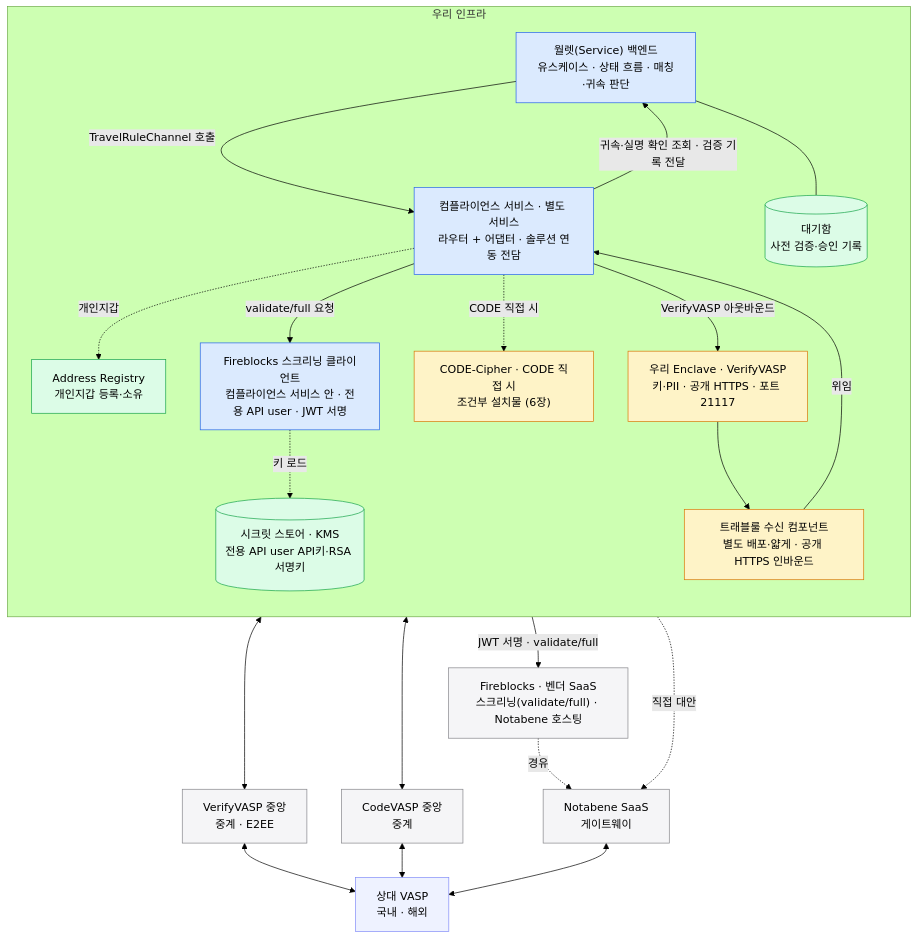
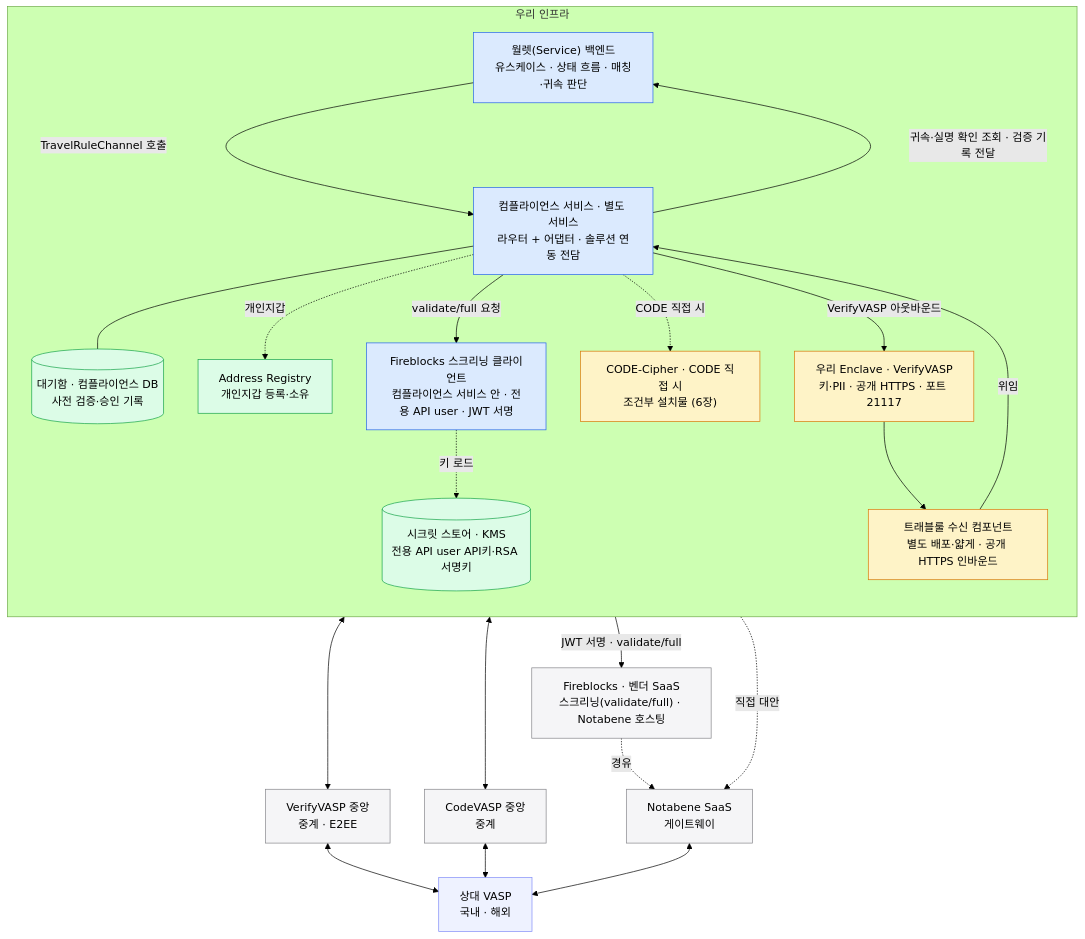
One commit to eunsujeo/eunpus changed the diagram in blockchain-manager/docs/트래블룰/설계/12-physical-layout.md. Above: the diagram before and after it, drawn with Mermaid (forest theme). The commit also changed other lines of this file and 10 other files, not shown here.

````diff
--- a/blockchain-manager/docs/트래블룰/설계/12-physical-layout.md
+++ b/blockchain-manager/docs/트래블룰/설계/12-physical-layout.md
@@ -9,52 +9,52 @@
 ```mermaid
 flowchart TB
   subgraph OURS["우리 인프라"]
     direction TB
     SVC["월렛(Service) 백엔드<br/>유스케이스 · 상태 흐름 · 매칭·귀속 판단"]
     GATE["컴플라이언스 서비스 · 별도 서비스<br/>라우터 + 어댑터 · 솔루션 연동 전담"]
-    WQ[("대기함<br/>사전 검증·승인 기록")]
+    WQ[("대기함 · 컴플라이언스 DB<br/>사전 검증·승인 기록")]
     FBCLI["Fireblocks 스크리닝 클라이언트<br/>컴플라이언스 서비스 안 · 전용 API user · JWT 서명"]
     SEC[("시크릿 스토어 · KMS<br/>전용 API user API키·RSA 서명키")]
     RX["트래블룰 수신 컴포넌트<br/>별도 배포·얇게 · 공개 HTTPS 인바운드"]
     EN["우리 Enclave · VerifyVASP<br/>키·PII · 공개 HTTPS · 포트 21117"]
     CC["CODE-Cipher · CODE 직접 시<br/>조건부 설치물 (6장)"]
     AR["Address Registry<br/>개인지갑 등록·소유"]
   end
 
   HUB["VerifyVASP 중앙<br/>중계 · E2EE"]
   CV["CodeVASP 중앙<br/>중계"]
   NB["Notabene SaaS<br/>게이트웨이"]
   FB["Fireblocks · 벤더 SaaS<br/>스크리닝(validate/full) · Notabene 호스팅"]
   RVP["상대 VASP<br/>국내 · 해외"]
 
   SVC -->|TravelRuleChannel 호출| GATE
   GATE -->|귀속·실명 확인 조회 · 검증 기록 전달| SVC
-  SVC --- WQ
+  GATE --- WQ
   GATE -.->|개인지갑| AR
   GATE -->|VerifyVASP 아웃바운드| EN
   GATE -.->|CODE 직접 시| CC
   GATE -->|validate/full 요청| FBCLI
   FBCLI -->|JWT 서명 · validate/full| FB
   FBCLI -.->|키 로드| SEC
   GATE -.->|직접 대안| NB
   EN --> RX
   RX -->|위임| GATE
 
   EN <--> HUB
   CC <--> CV
   FB -.->|경유| NB
   HUB <--> RVP
   CV <--> RVP
   NB <--> RVP
 
   classDef ours fill:#dbeafe,stroke:#2563eb;
   classDef store fill:#dcfce7,stroke:#16a34a;
   classDef selfhost fill:#fef3c7,stroke:#d97706;
   classDef vendor fill:#f5f5f7,stroke:#86868b;
   classDef chain fill:#eef2ff,stroke:#818cf8;
   class SVC,GATE,FBCLI ours
   class WQ,SEC,AR store
   class RX,EN,CC selfhost
   class HUB,CV,NB,FB vendor
   class RVP chain
 ```
````
